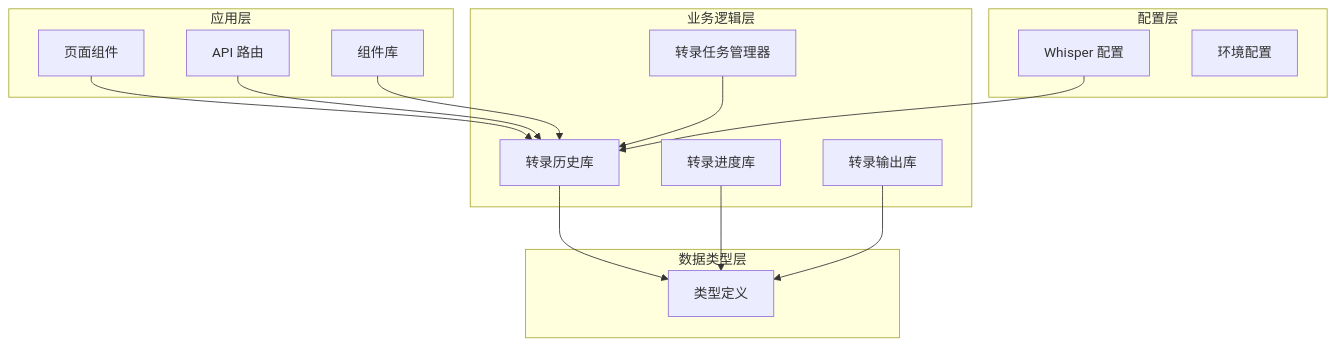
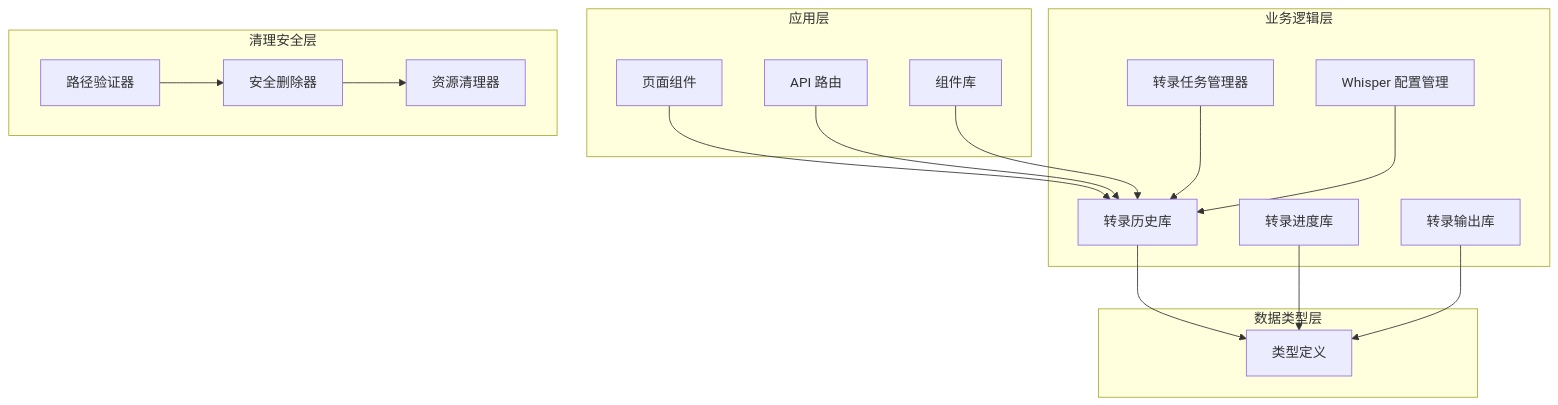
Before and after one commit to clawbotai/memo-flow: the first of 13 diagrams in .qoder/repowiki/zh/content/Transcription History System.md, drawn with Mermaid. The commit also changed other lines of this file and 5 other files, not shown here.

````diff
--- a/.qoder/repowiki/zh/content/Transcription History System.md
+++ b/.qoder/repowiki/zh/content/Transcription History System.md
@@ -50,29 +53,33 @@
 ```mermaid
 graph TB
 subgraph "应用层"
 A[页面组件]
 B[API 路由]
 C[组件库]
 end
 subgraph "业务逻辑层"
 D[转录历史库]
 E[转录进度库]
 F[转录输出库]
 G[转录任务管理器]
+H[Whisper 配置管理]
 end
 subgraph "数据类型层"
-H[类型定义]
+I[类型定义]
 end
-subgraph "配置层"
-I[Whisper 配置]
-J[环境配置]
+subgraph "清理安全层"
+J[路径验证器]
+K[安全删除器]
+L[资源清理器]
 end
 A --> D
 B --> D
 C --> D
-D --> H
-E --> H
-F --> H
+D --> I
+E --> I
+F --> I
 G --> D
-I --> D
+H --> D
+J --> K
+K --> L
 ```
````
